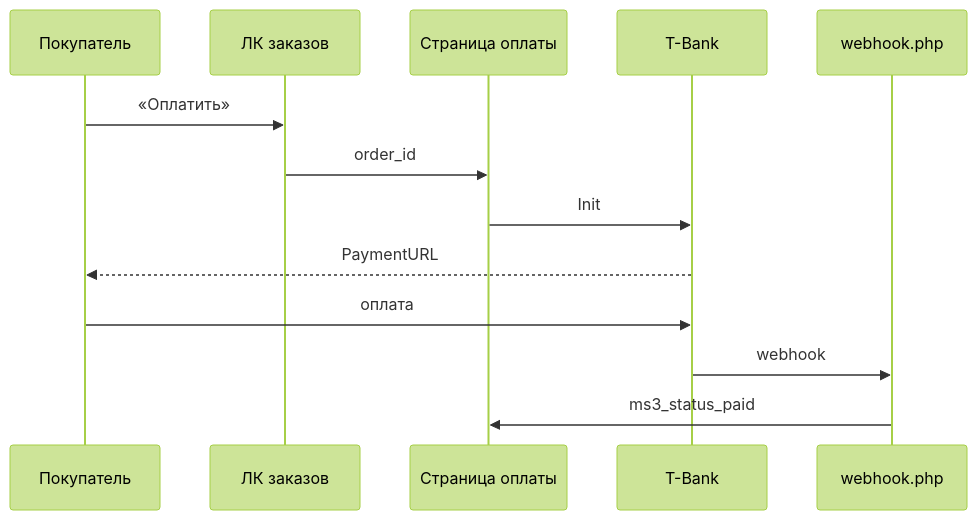
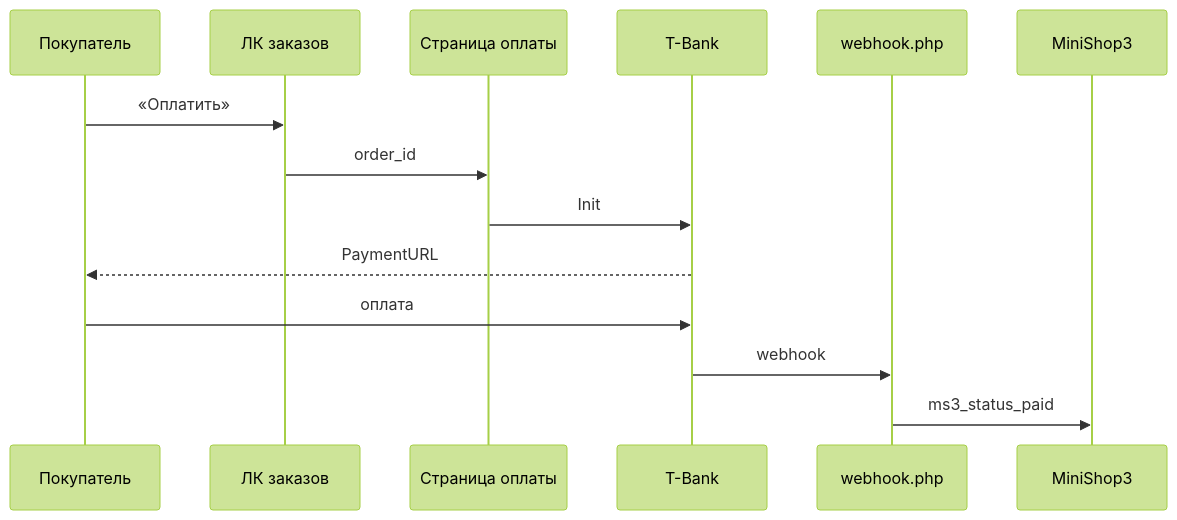
The third of 3 diagrams in docs/components/msptbank/integration.md (modx-pro/Docs), drawn with Mermaid (forest theme) before and after one commit. The commit also changed 1 other file, not shown here.

Commit message:
docs(msptbank): MEDIA маркеры в index.md, исправление mermaid-диаграммы в integration.md

````diff
--- a/docs/components/msptbank/integration.md
+++ b/docs/components/msptbank/integration.md
@@ -259,15 +259,16 @@
 ```mermaid
 sequenceDiagram
   participant P as Покупатель
   participant LK as ЛК заказов
   participant Pay as Страница оплаты
   participant T as T-Bank
   participant H as webhook.php
+  participant MS3 as MiniShop3
   P->>LK: «Оплатить»
   LK->>Pay: order_id
   Pay->>T: Init
   T-->>P: PaymentURL
   P->>T: оплата
   T->>H: webhook
-  H->>Pay: ms3_status_paid
+  H->>MS3: ms3_status_paid
 ```
````
